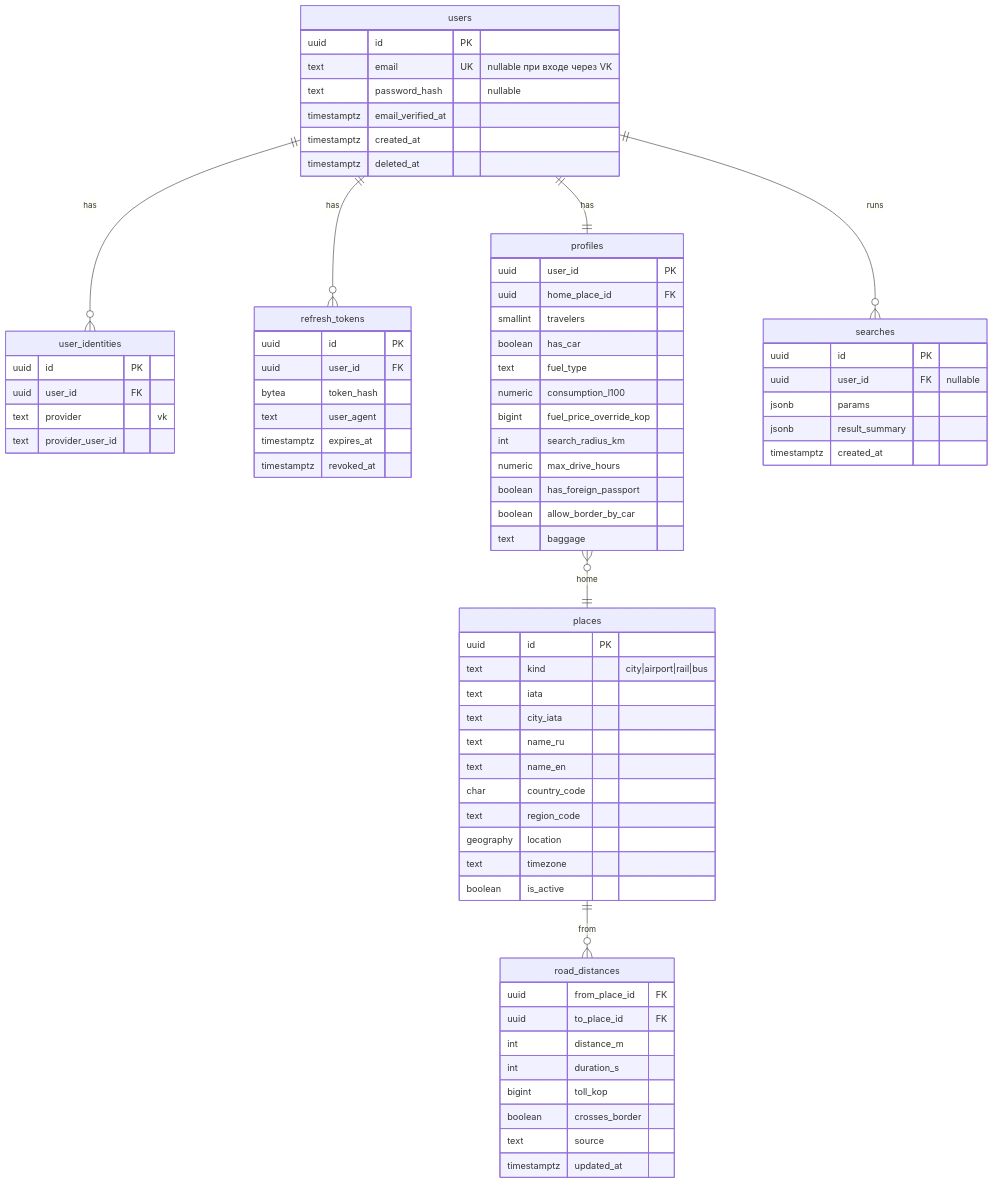
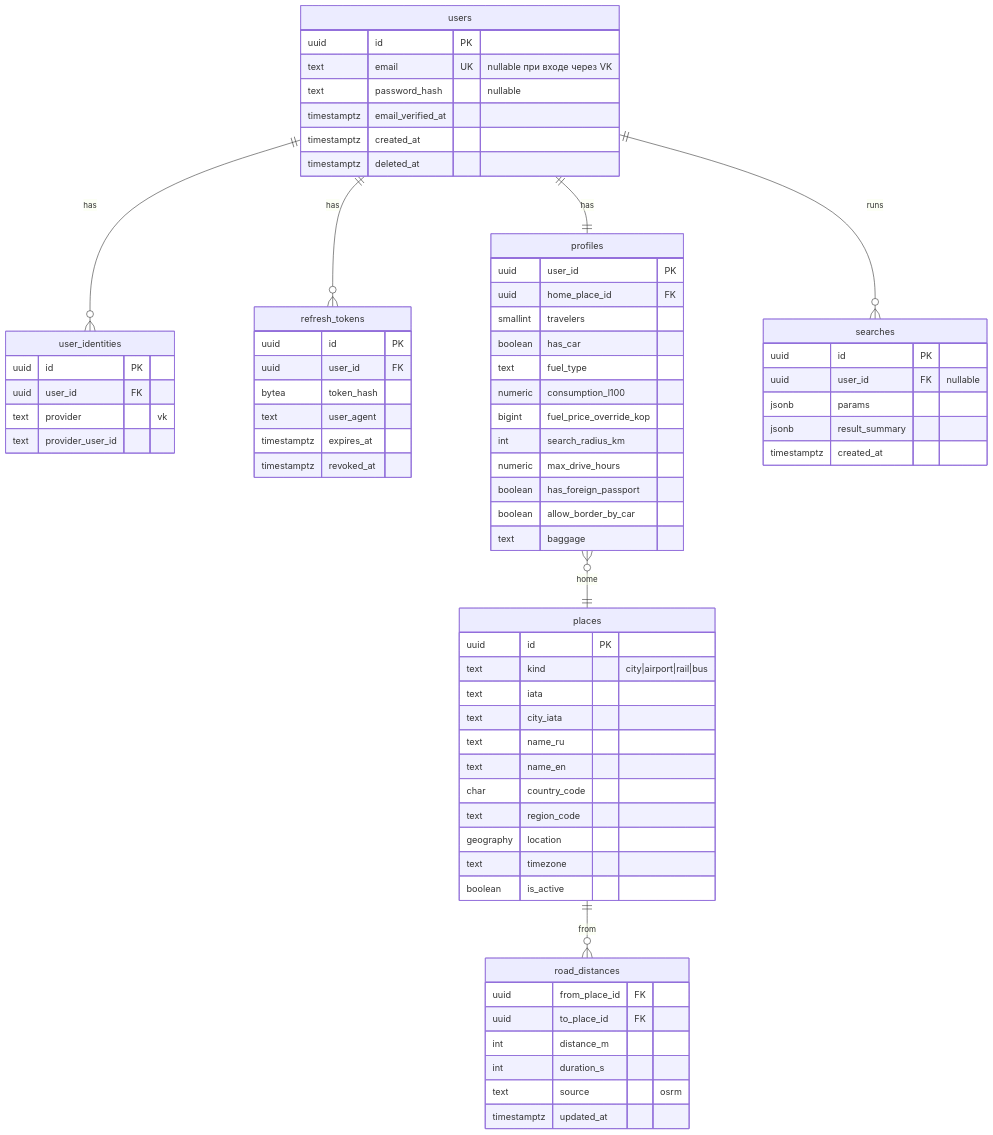
One commit to SergeyLazarevv/Klubok changed the diagram in docs/05-data-model.md. Above: the diagram before and after it, drawn with Mermaid. The commit also changed other lines of this file and 52 other files, not shown here.

````diff
--- a/docs/05-data-model.md
+++ b/docs/05-data-model.md
@@ -7,76 +7,74 @@
 ```mermaid
 erDiagram
     users ||--o{ user_identities : has
     users ||--o{ refresh_tokens : has
     users ||--|| profiles : has
     profiles }o--|| places : "home"
     places ||--o{ road_distances : from
     users ||--o{ searches : runs
 
     users {
         uuid id PK
         text email UK "nullable при входе через VK"
         text password_hash "nullable"
         timestamptz email_verified_at
         timestamptz created_at
         timestamptz deleted_at
     }
     user_identities {
         uuid id PK
         uuid user_id FK
         text provider "vk"
         text provider_user_id
     }
     refresh_tokens {
         uuid id PK
         uuid user_id FK
         bytea token_hash
         text user_agent
         timestamptz expires_at
         timestamptz revoked_at
     }
     profiles {
         uuid user_id PK
         uuid home_place_id FK
         smallint travelers
         boolean has_car
         text fuel_type
         numeric consumption_l100
         bigint fuel_price_override_kop
         int search_radius_km
         numeric max_drive_hours
         boolean has_foreign_passport
         boolean allow_border_by_car
         text baggage
     }
     places {
         uuid id PK
         text kind "city|airport|rail|bus"
         text iata
         text city_iata
         text name_ru
         text name_en
         char country_code
         text region_code
         geography location
         text timezone
         boolean is_active
     }
     road_distances {
         uuid from_place_id FK
         uuid to_place_id FK
         int distance_m
         int duration_s
-        bigint toll_kop
-        boolean crosses_border
-        text source
+        text source "osrm"
         timestamptz updated_at
     }
     searches {
         uuid id PK
         uuid user_id FK "nullable"
         jsonb params
         jsonb result_summary
         timestamptz created_at
     }
 ```
````
